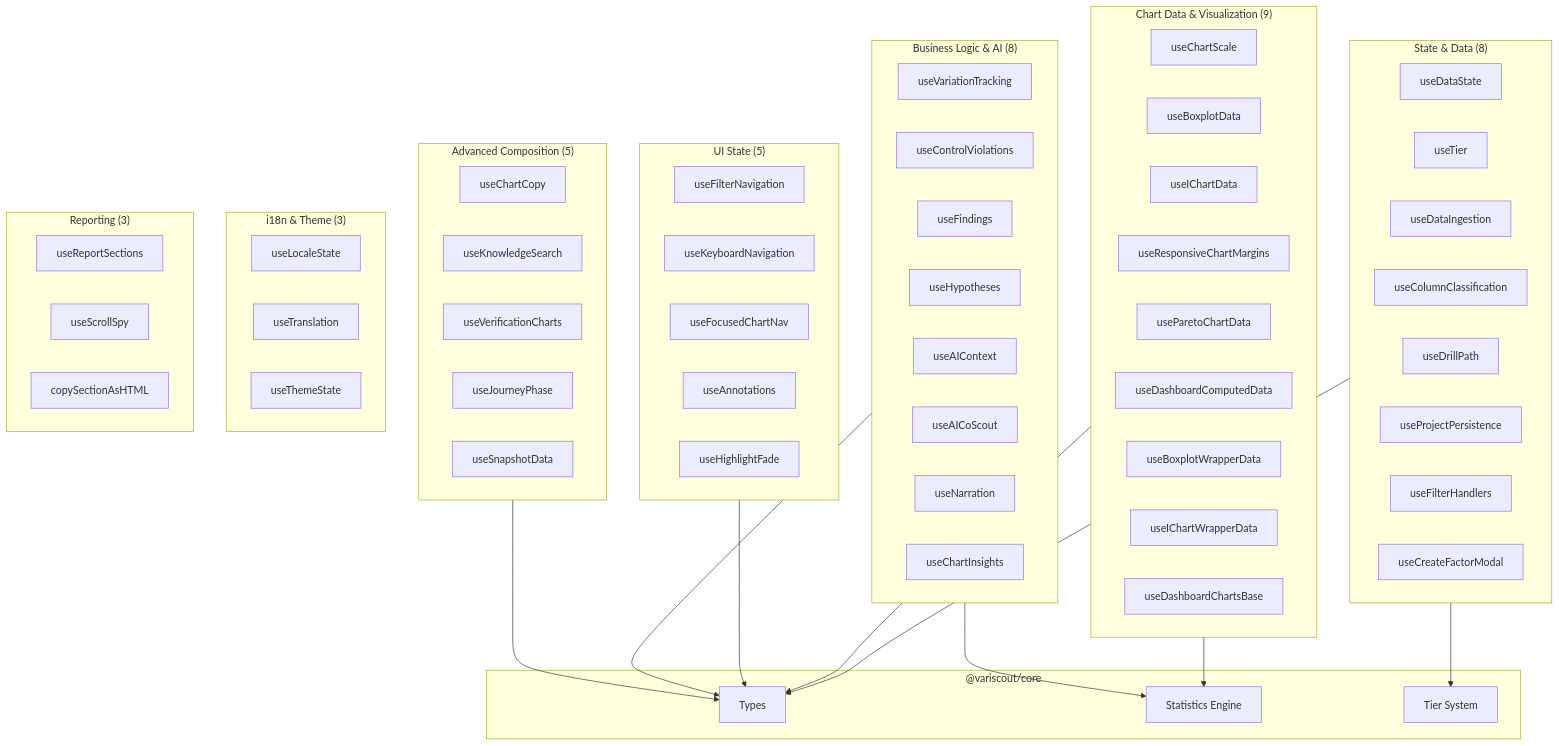
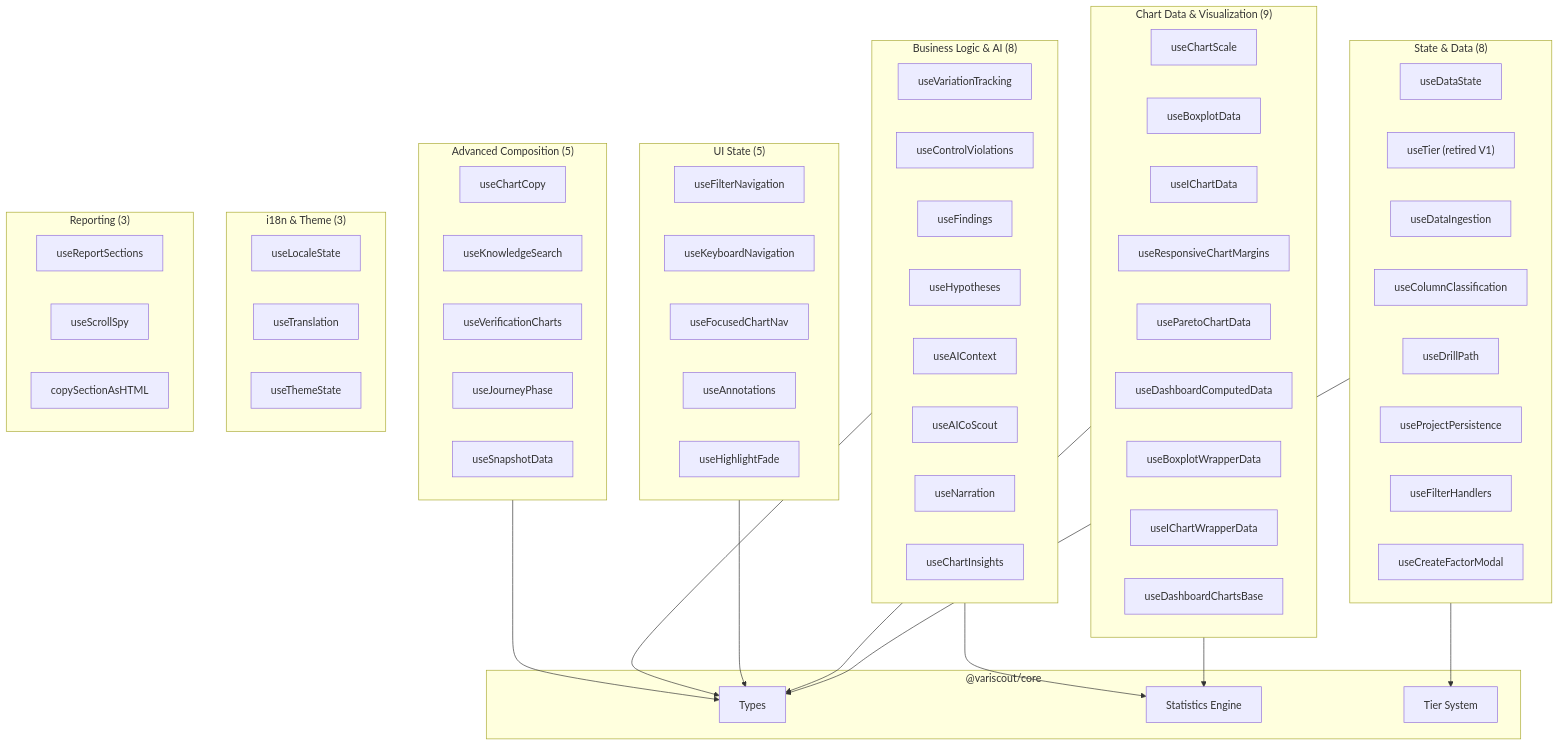
One commit to jukka-matti/variscout changed the fourth of 8 diagrams in docs/05-technical/architecture/component-map.md. Above: the diagram before and after it, drawn with Mermaid. The commit also changed other lines of this file and 9 other files, not shown here.

First line of the commit message:
docs(wedge): batch B — retired tier-gating symbols + amendment markers

````diff
--- a/docs/05-technical/architecture/component-map.md
+++ b/docs/05-technical/architecture/component-map.md
@@ -180,79 +180,79 @@
 ```mermaid
 flowchart TB
     subgraph state["State & Data (8)"]
         datastate["useDataState"]
-        usetier["useTier"]
+        usetier["useTier (retired V1)"]
         dataingestion["useDataIngestion"]
         columnclass["useColumnClassification"]
         drillpath["useDrillPath"]
         projpersist["useProjectPersistence"]
         filterhandlers["useFilterHandlers"]
         createfactormodal["useCreateFactorModal"]
     end
 
     subgraph chartdata["Chart Data & Visualization (9)"]
         chartscale["useChartScale"]
         boxplotdata["useBoxplotData"]
         ichartdata["useIChartData"]
         margins["useResponsiveChartMargins"]
         paretodata["useParetoChartData"]
         dashdata["useDashboardComputedData"]
         boxplotwrap["useBoxplotWrapperData"]
         ichartwrap["useIChartWrapperData"]
         dashcharts["useDashboardChartsBase"]
     end
 
     subgraph uistate["UI State (5)"]
         filternav["useFilterNavigation"]
         keyboard["useKeyboardNavigation"]
         focusednav["useFocusedChartNav"]
         annotations["useAnnotations"]
         highlightfade["useHighlightFade"]
     end
 
     subgraph business["Business Logic & AI (8)"]
         vartrack["useVariationTracking"]
         violations["useControlViolations"]
         findings["useFindings"]
         hypotheses["useHypotheses"]
         aicontext["useAIContext"]
         aicoscout["useAICoScout"]
         narration["useNarration"]
         chartinsights["useChartInsights"]
     end
 
     subgraph composition["Advanced Composition (5)"]
         chartcopy["useChartCopy"]
         knowledgesearch["useKnowledgeSearch"]
         verifycharts["useVerificationCharts"]
         journeyphase["useJourneyPhase"]
         snapshotdata["useSnapshotData"]
     end
 
     subgraph i18ntheme["i18n & Theme (3)"]
         localestate["useLocaleState"]
         translation["useTranslation"]
         themestate["useThemeState"]
     end
 
     subgraph reporting["Reporting (3)"]
         reportsections["useReportSections"]
         scrollspy["useScrollSpy"]
         copysection["copySectionAsHTML"]
     end
 
     subgraph deps["@variscout/core"]
         core_types["Types"]
         core_stats["Statistics Engine"]
         core_tier["Tier System"]
     end
 
     state --> core_types
     state --> core_tier
     chartdata --> core_types
     chartdata --> core_stats
     uistate --> core_types
     business --> core_types
     business --> core_stats
     composition --> core_types
 ```
````
